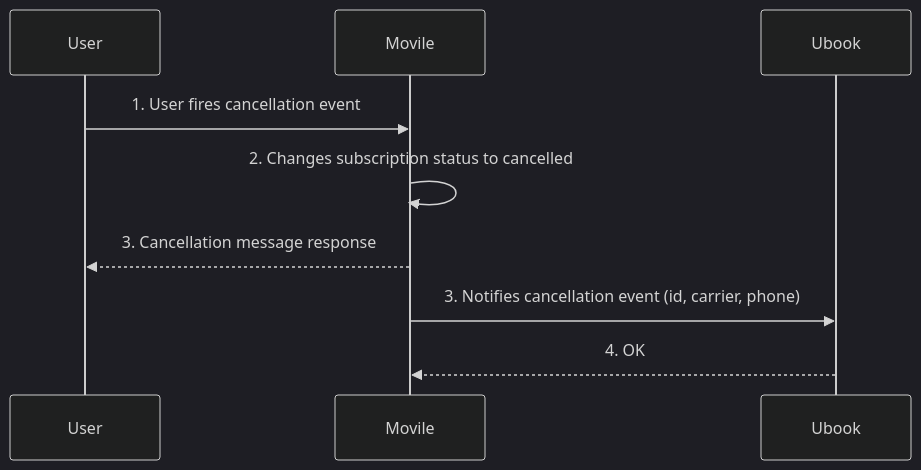
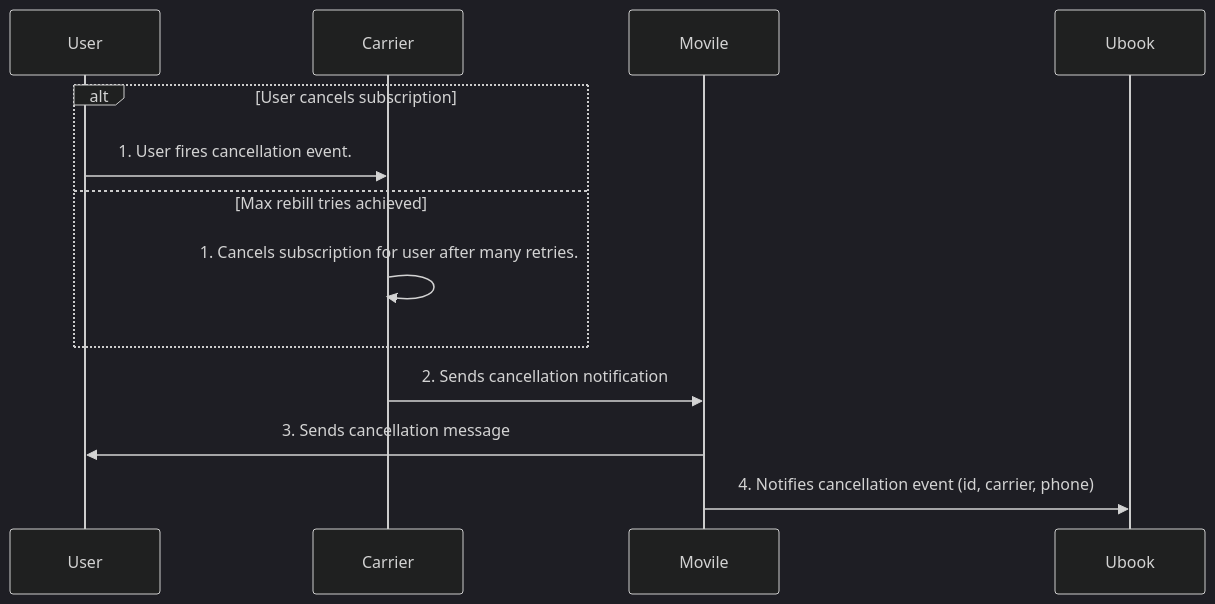
Before and after one commit to ariel-rios-movile/diagrams: the diagram in ubook/cancellation.mmd, drawn with Mermaid (dark theme). The commit also changed 2 other files, not shown here.

Commit message:
Updates diagrams for Ubook.

```diff
--- a/ubook/cancellation.mmd
+++ b/ubook/cancellation.mmd
@@ -1,10 +1,9 @@
 sequenceDiagram
-    participant User
-    participant Movile
-    participant Ubook
-
-    User->>Movile: 1. User fires cancellation event
-    Movile->>Movile: 2. Changes subscription status to cancelled
-    Movile-->>User: 3. Cancellation message response
-    Movile->>Ubook: 3. Notifies cancellation event (id, carrier, phone)
-    Ubook-->>Movile: 4. OK
+    alt User cancels subscription
+        User ->> Carrier: 1. User fires cancellation event.
+    else Max rebill tries achieved
+        Carrier ->> Carrier: 1. Cancels subscription for user after many retries.
+    end
+    Carrier ->> Movile: 2. Sends cancellation notification
+    Movile ->> User: 3. Sends cancellation message
+    Movile ->> Ubook: 4. Notifies cancellation event (id, carrier, phone)
```
